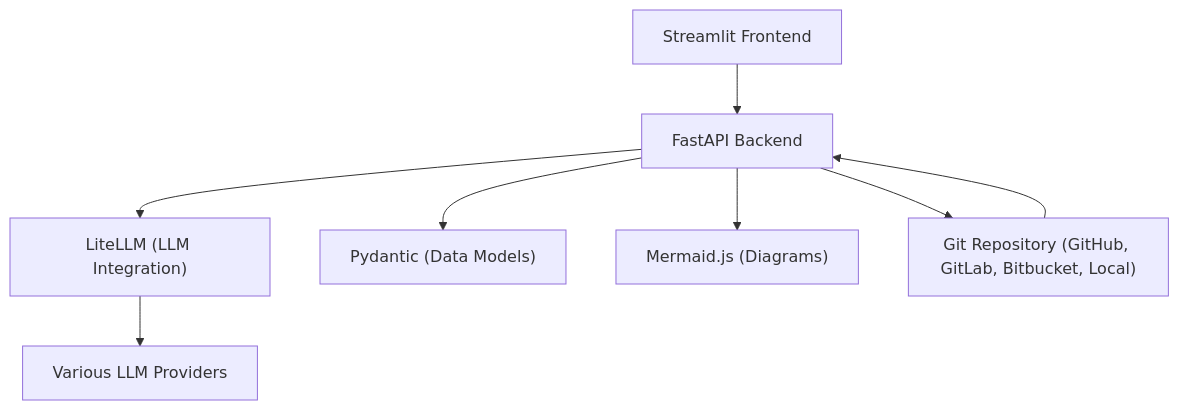
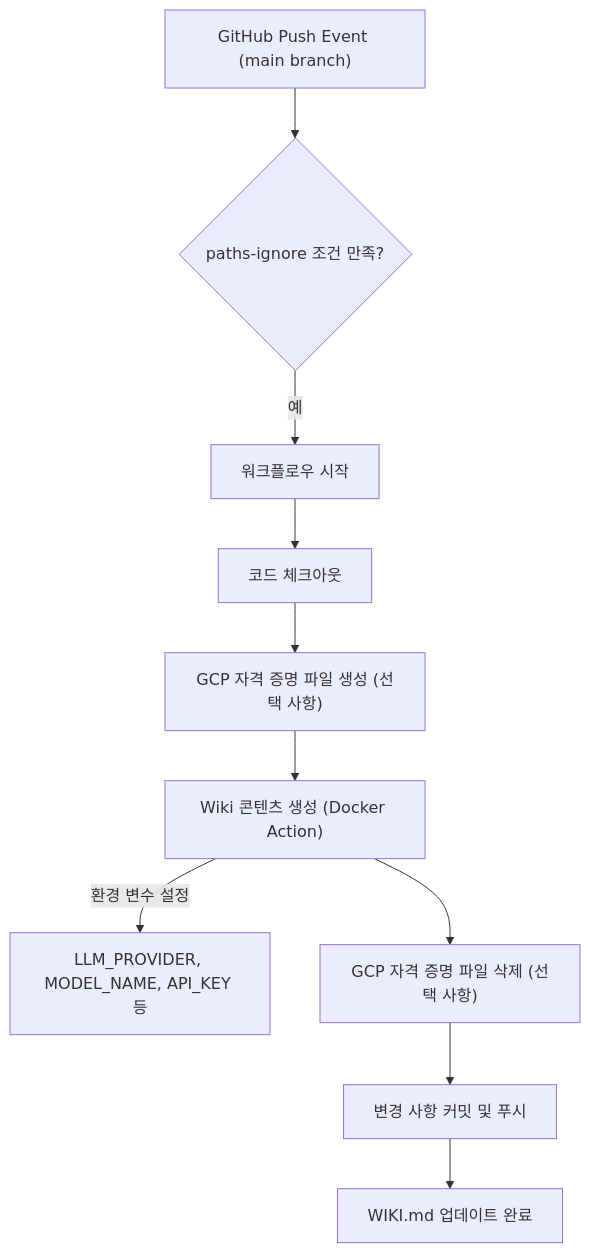
Before and after one commit to catuscio/wiki-as-readme: the first of 21 diagrams in examples/wiki_as_README.md, drawn with Mermaid. The commit also changed other lines of this file, not shown here.

Commit message:
docs: ✨Update examples/wiki_as_README.md via Wiki-As-Readme Action

````diff
--- a/examples/wiki_as_README.md
+++ b/examples/wiki_as_README.md
@@ -55,10 +107,12 @@
 ```mermaid
 graph TD
-    A["Streamlit Frontend"] --> B["FastAPI Backend"];
-    B --> C["LiteLLM (LLM Integration)"];
-    B --> D["Pydantic (Data Models)"];
-    B --> E["Mermaid.js (Diagrams)"];
-    C --> F["Various LLM Providers"];
-    B --> G["Git Repository (GitHub, GitLab, Bitbucket, Local)"];
-    G --> B;
+    A["GitHub Push Event (main branch)"] --> B{"paths-ignore 조건 만족?"}
+    B -- "예" --> C["워크플로우 시작"]
+    C --> D["코드 체크아웃"]
+    D --> E["GCP 자격 증명 파일 생성 (선택 사항)"]
+    E --> F["Wiki 콘텐츠 생성 (Docker Action)"]
+    F -- "환경 변수 설정" --> G["LLM_PROVIDER, MODEL_NAME, API_KEY 등"]
+    F --> H["GCP 자격 증명 파일 삭제 (선택 사항)"]
+    H --> I["변경 사항 커밋 및 푸시"]
+    I --> J["WIKI.md 업데이트 완료"]
 ```
````
